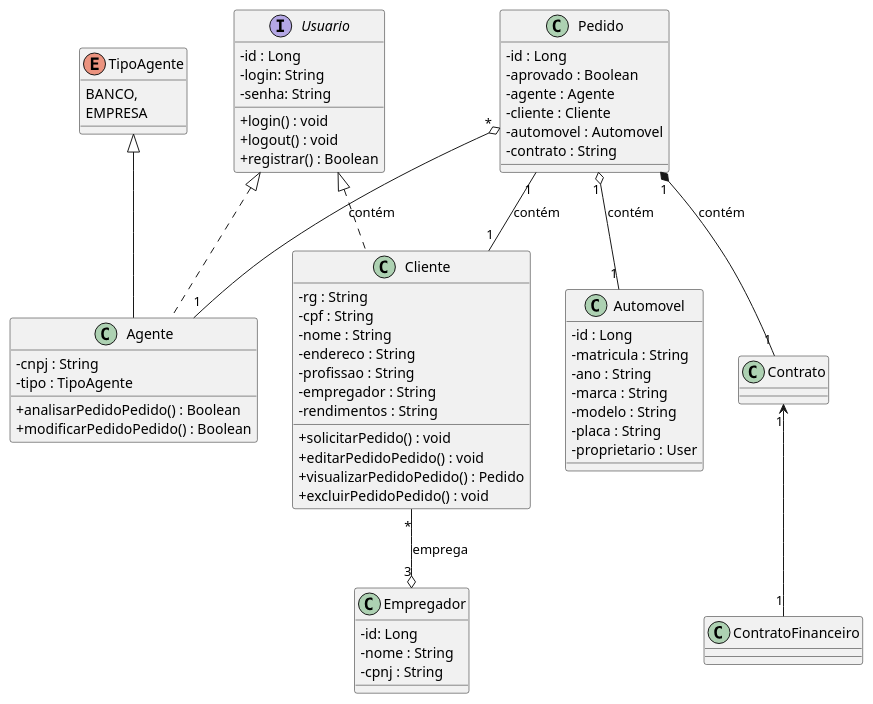
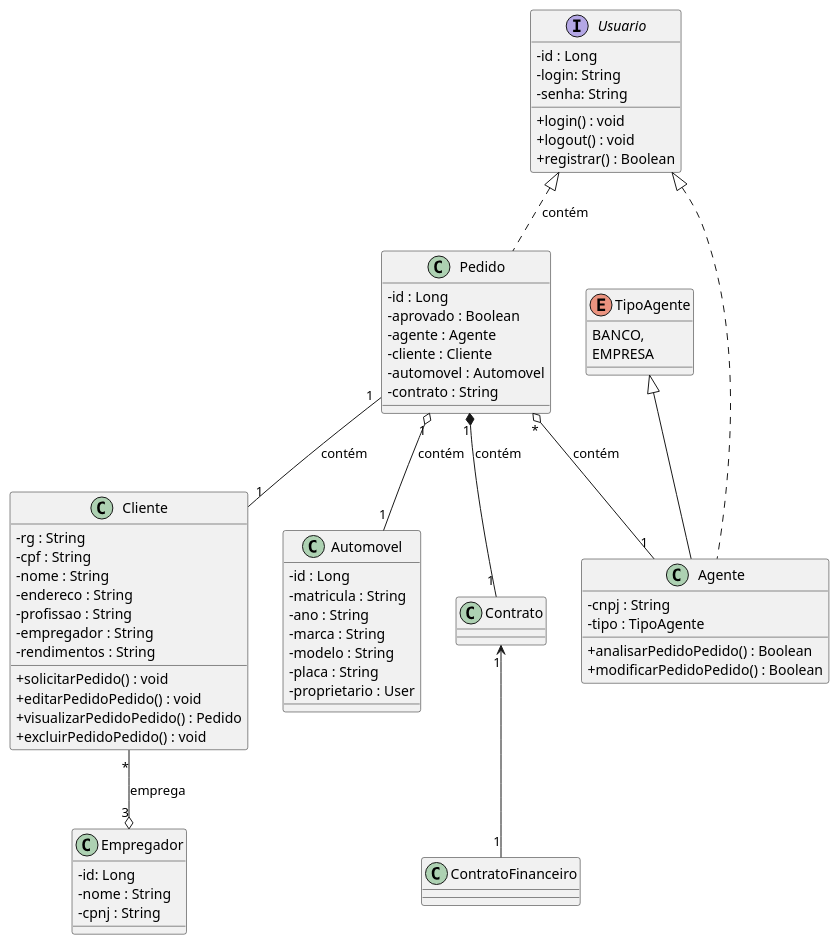
One commit to milenalara/sistema-de-aluguel-de-carros changed the diagram in project/docs/DiagramaDeClasse.puml. Above: the diagram before and after it, drawn with PlantUML. The commit also changed 2 other files, not shown here.

Commit message:
update DiagramaDeClasses

```diff
--- a/project/docs/DiagramaDeClasse.puml
+++ b/project/docs/DiagramaDeClasse.puml
@@ -1,74 +1,73 @@
-@startuml Diagrama
+@startuml
 skinparam classAttributeIconSize 0
 
 Usuario <|.. Agente
-Usuario <|.. Cliente
+Usuario <|.. Pedido : contém
 Pedido "1" *-- "1" Contrato : contém
 Contrato "1" <-- "1" ContratoFinanceiro 
 Pedido "1" -- "1" Cliente : contém
 Pedido "1" o-- "1" Automovel : contém
 Pedido "*" o-- "1" Agente : contém
 Cliente "*" --o "3" Empregador : emprega
 TipoAgente <|-- Agente
 
 interface Usuario {
     -id : Long
     -login: String
     -senha: String
     +login() : void
     +logout() : void
     +registrar() : Boolean
 }
 
 class Cliente {
     -rg : String
     -cpf : String
     -nome : String
     -endereco : String
     -profissao : String
     -empregador : String
     -rendimentos : String
     +solicitarPedido() : void
     +editarPedidoPedido() : void
     +visualizarPedidoPedido() : Pedido
     +excluirPedidoPedido() : void
 }
 
 class Agente {
     -cnpj : String
     -tipo : TipoAgente
     +analisarPedidoPedido() : Boolean
     +modificarPedidoPedido() : Boolean
 }
 
 enum TipoAgente{
     BANCO,
     EMPRESA
 }
 
 class Empregador {
     -id: Long
     -nome : String
     -cpnj : String
 }
 
 class Pedido {
     -id : Long
     -aprovado : Boolean
     -agente : Agente
     -cliente : Cliente
     -automovel : Automovel
     -contrato : String
 }
 
 class Automovel {
     -id : Long
     -matricula : String
     -ano : String
     -marca : String
     -modelo : String
     -placa : String
     -proprietario : User
 }
-
 @enduml
```
